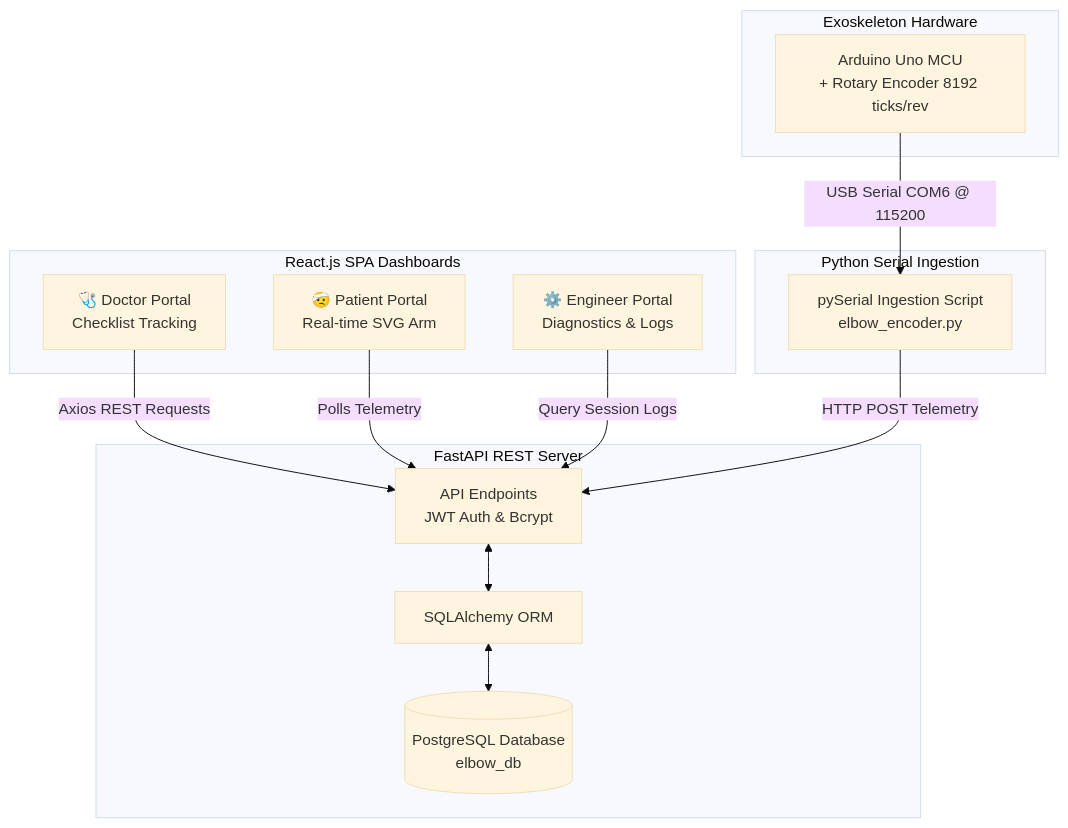
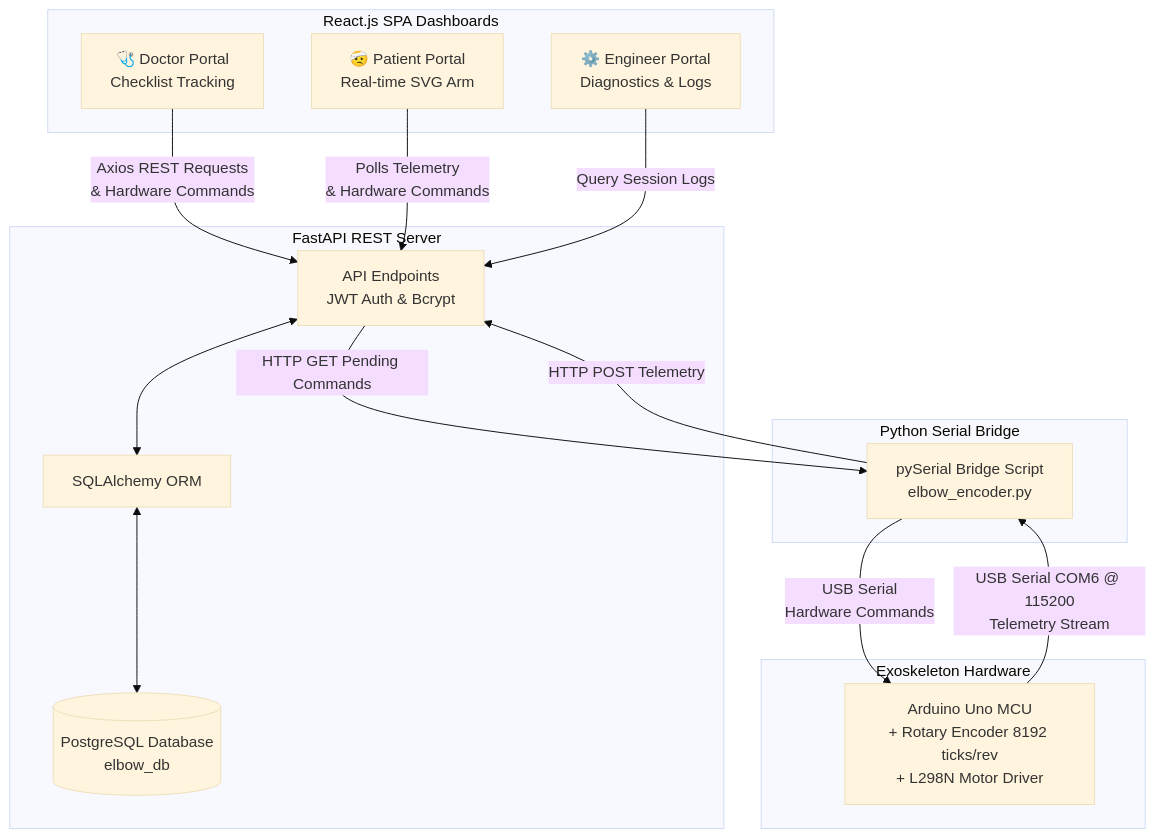
The diagram in README.md (cosmicveil1/smart-elbow-exoskeleton), drawn with Mermaid (base theme) before and after one commit. The commit also changed other lines of this file and 21 other files, not shown here.

Commit message:
feat: implement two-way hardware control loop, Postgres command queue, and live telemetry graphs

````diff
--- a/README.md
+++ b/README.md
@@ -9,32 +9,34 @@
 ```mermaid
 graph TD
     subgraph Dashboard [React.js SPA Dashboards]
         Doc[🩺 Doctor Portal<br/>Checklist Tracking]
         Pat[🤕 Patient Portal<br/>Real-time SVG Arm]
         Eng[⚙️ Engineer Portal<br/>Diagnostics & Logs]
     end
     
     subgraph API [FastAPI REST Server]
         Endpoints[API Endpoints<br/>JWT Auth & Bcrypt]
         DB[(PostgreSQL Database<br/>elbow_db)]
         ORM[SQLAlchemy ORM]
         
         Endpoints <--> ORM
         ORM <--> DB
     end
     
-    subgraph Collector [Python Serial Ingestion]
-        Script[pySerial Ingestion Script<br/>elbow_encoder.py]
+    subgraph Collector [Python Serial Bridge]
+        Script[pySerial Bridge Script<br/>elbow_encoder.py]
     end
     
     subgraph Hardware [Exoskeleton Hardware]
-        Arduino[Arduino Uno MCU<br/>+ Rotary Encoder 8192 ticks/rev]
+        Arduino[Arduino Uno MCU<br/>+ Rotary Encoder 8192 ticks/rev<br/>+ L298N Motor Driver]
     end
     
-    Doc -->|Axios REST Requests| Endpoints
-    Pat -->|Polls Telemetry| Endpoints
+    Doc -->|Axios REST Requests<br/>& Hardware Commands| Endpoints
+    Pat -->|Polls Telemetry<br/>& Hardware Commands| Endpoints
     Eng -->|Query Session Logs| Endpoints
     
-    Arduino -->|USB Serial COM6 @ 115200| Script
+    Arduino -->|USB Serial COM6 @ 115200<br/>Telemetry Stream| Script
+    Script -->|USB Serial<br/>Hardware Commands| Arduino
     Script -->|HTTP POST Telemetry| Endpoints
+    Endpoints -->|HTTP GET Pending Commands| Script
 ```
````
